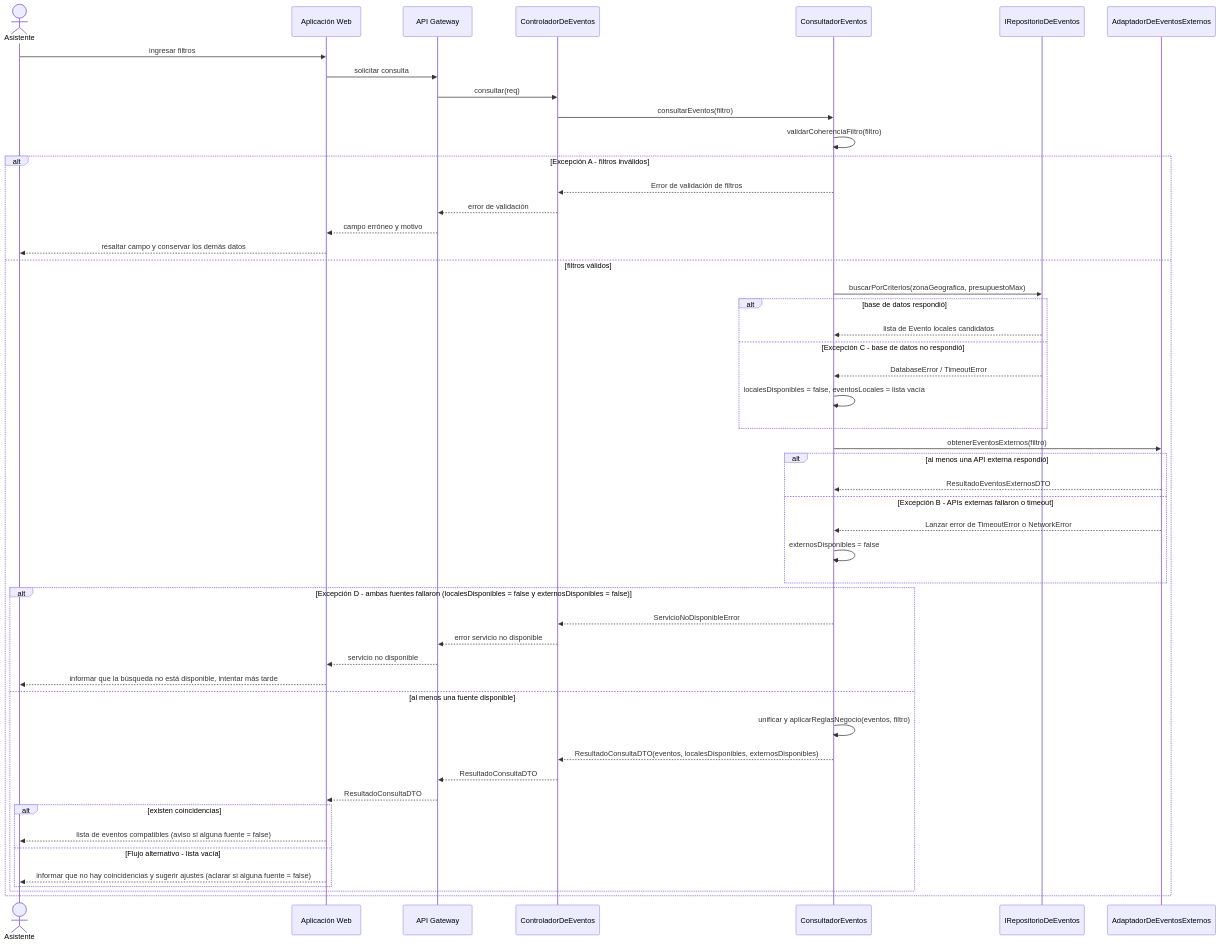
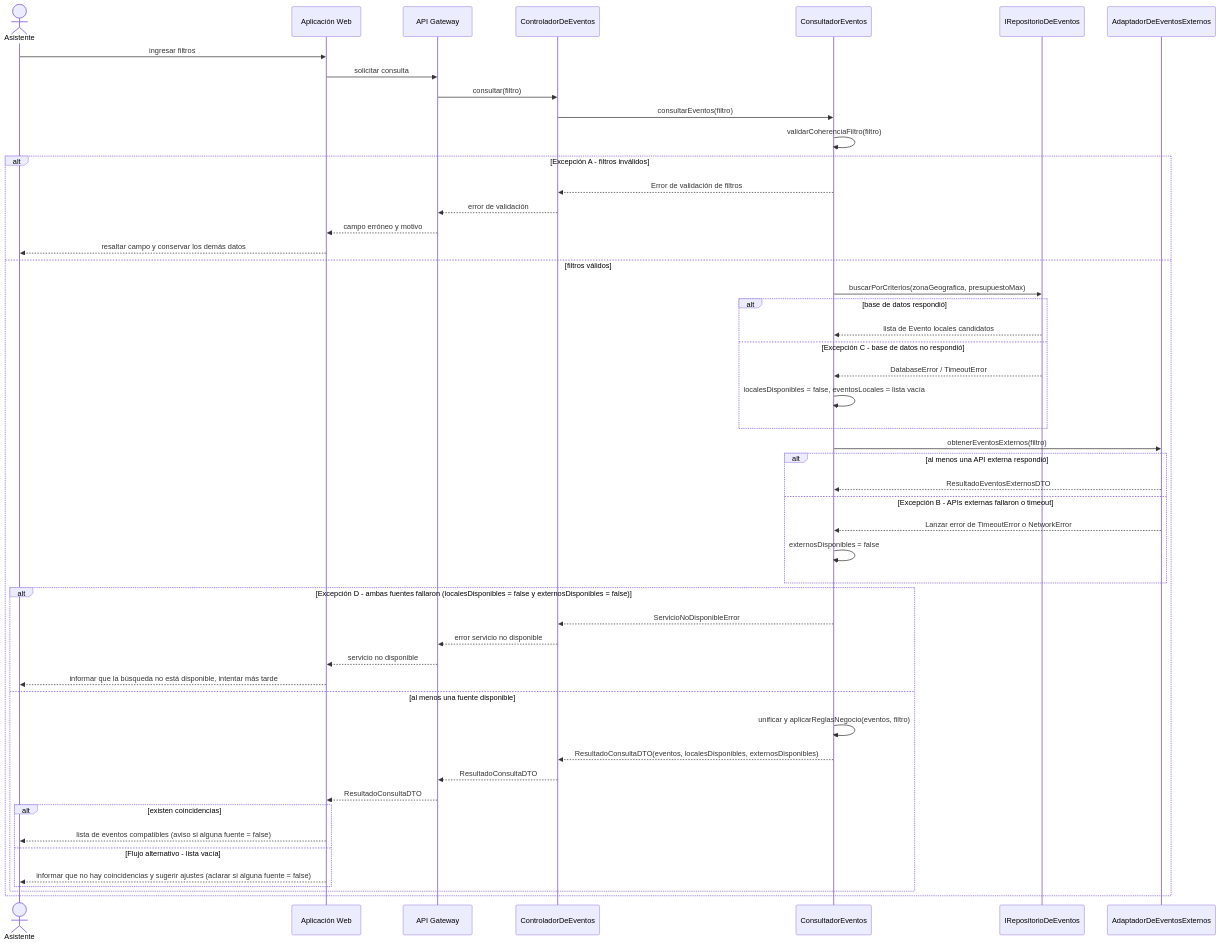
The second of 2 diagrams in mermeids.md (ProyectPlanning/Sistema_de_eventos), drawn with Mermaid before and after one commit.

Commit message:
Update consulta request to include filtro parameter

````diff
--- a/mermeids.md
+++ b/mermeids.md
@@ -87,59 +87,59 @@
 ```mermaid
 sequenceDiagram
     actor U as Asistente
     participant WEB as Aplicación Web
     participant GW as API Gateway
     participant CE as ControladorDeEventos
     participant CO as ConsultadorEventos
     participant REP as IRepositorioDeEventos
     participant EXT as AdaptadorDeEventosExternos
 
     U->>WEB: ingresar filtros
     WEB->>GW: solicitar consulta
-    GW->>CE: consultar(req)
+    GW->>CE: consultar(filtro)
     CE->>CO: consultarEventos(filtro)
     CO->>CO: validarCoherenciaFiltro(filtro)
 
     alt Excepción A - filtros inválidos
         CO-->>CE: Error de validación de filtros
         CE-->>GW: error de validación
         GW-->>WEB: campo erróneo y motivo
         WEB-->>U: resaltar campo y conservar los demás datos
     else filtros válidos
         CO->>REP: buscarPorCriterios(zonaGeografica, presupuestoMax)
 
         alt base de datos respondió
             REP-->>CO: lista de Evento locales candidatos
         else Excepción C - base de datos no respondió
             REP-->>CO: DatabaseError / TimeoutError
             CO->>CO: localesDisponibles = false, eventosLocales = lista vacía
         end
 
         CO->>EXT: obtenerEventosExternos(filtro)
 
         alt al menos una API externa respondió
             EXT-->>CO: ResultadoEventosExternosDTO 
         else Excepción B - APIs externas fallaron o timeout
             EXT-->>CO: Lanzar error de TimeoutError o NetworkError
             CO->>CO: externosDisponibles = false
         end
 
         alt Excepción D - ambas fuentes fallaron (localesDisponibles = false y externosDisponibles = false)
             CO-->>CE: ServicioNoDisponibleError
             CE-->>GW: error servicio no disponible 
             GW-->>WEB: servicio no disponible
             WEB-->>U: informar que la búsqueda no está disponible, intentar más tarde
         else al menos una fuente disponible
             CO->>CO: unificar y aplicarReglasNegocio(eventos, filtro)
             CO-->>CE: ResultadoConsultaDTO(eventos, localesDisponibles, externosDisponibles)
             CE-->>GW: ResultadoConsultaDTO
             GW-->>WEB: ResultadoConsultaDTO
 
             alt existen coincidencias
                 WEB-->>U: lista de eventos compatibles (aviso si alguna fuente = false)
             else Flujo alternativo - lista vacía
                 WEB-->>U: informar que no hay coincidencias y sugerir ajustes (aclarar si alguna fuente = false)
             end
         end
     end
 ```
````
